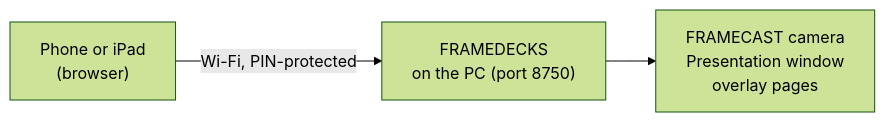
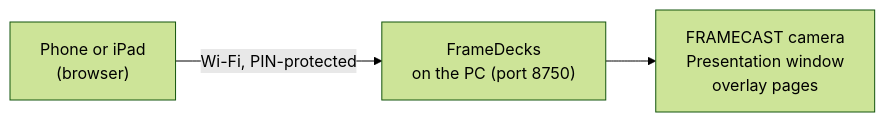
Before and after one commit to mshobin/FrameDecks: the diagram in docs/remote-control.md, drawn with Mermaid (forest theme). The commit also changed other lines of this file and 254 other files, not shown here.

````diff
--- a/docs/remote-control.md
+++ b/docs/remote-control.md
@@ -27,5 +27,5 @@
 ```mermaid
 flowchart LR
-  Phone["Phone or iPad<br/>(browser)"] -- "Wi-Fi, PIN-protected" --> PC["FRAMEDECKS<br/>on the PC (port 8750)"]
+  Phone["Phone or iPad<br/>(browser)"] -- "Wi-Fi, PIN-protected" --> PC["FrameDecks<br/>on the PC (port 8750)"]
   PC --> Out["FRAMECAST camera<br/>Presentation window<br/>overlay pages"]
 ```
````
